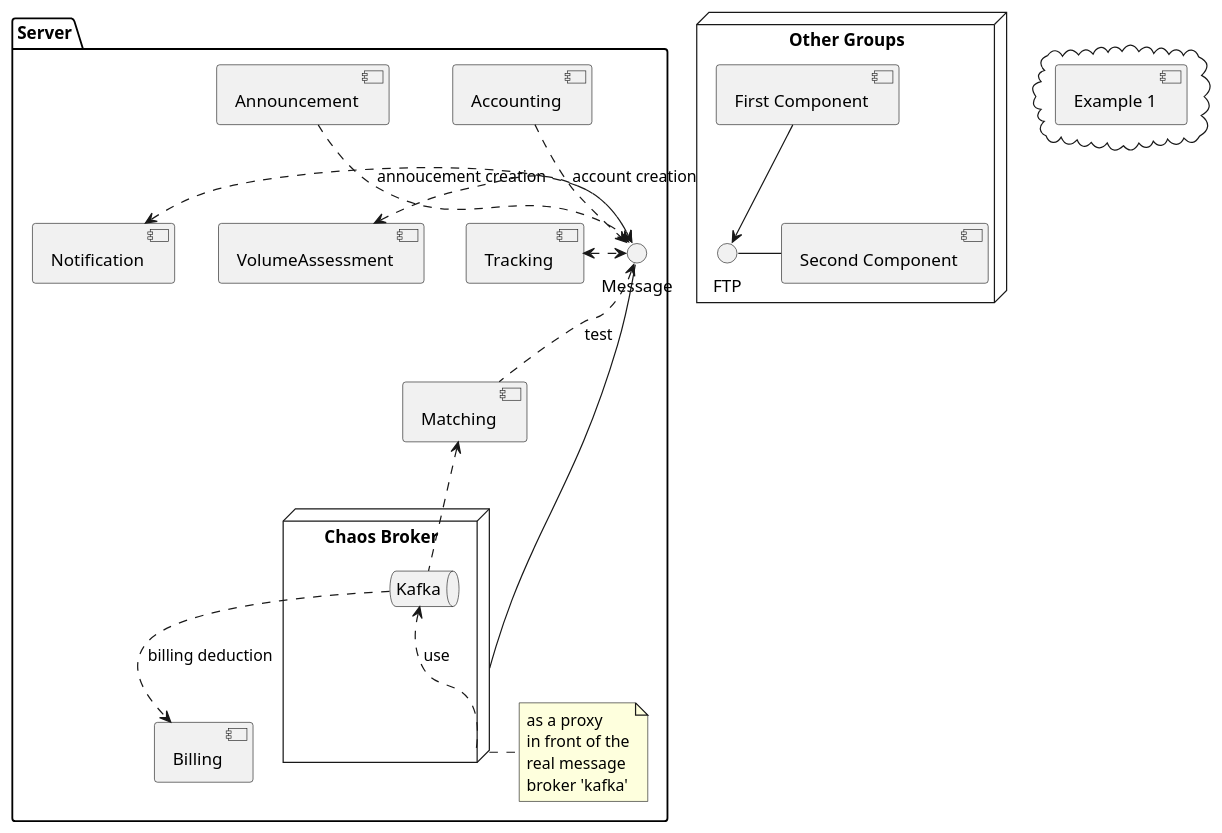
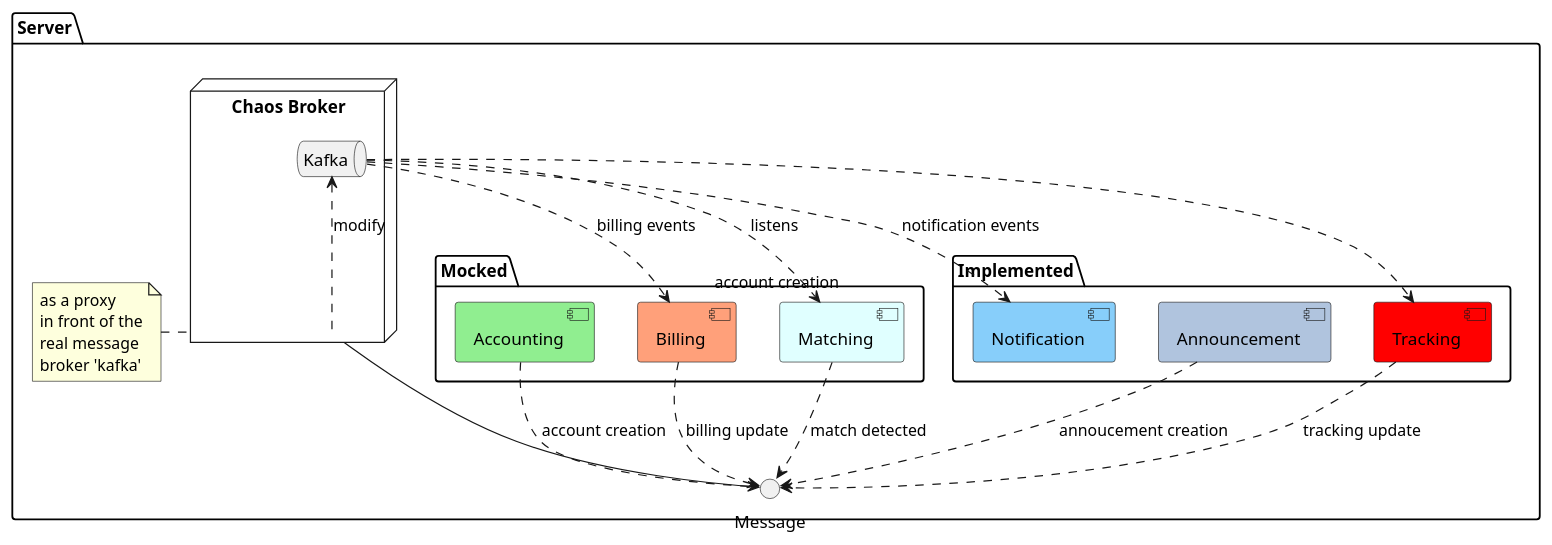
One commit to acouvreur/software-architecture-project changed the diagram in deliverables/plantUML/architecture.wsd. Above: the diagram before and after it, drawn with PlantUML. The commit also changed 2 other files, not shown here.

Commit message:
Architecture update

```diff
--- a/deliverables/plantUML/architecture.wsd
+++ b/deliverables/plantUML/architecture.wsd
@@ -1,47 +1,43 @@
 @startuml Server
 
+package "Server" {
 
-package "Server" {
-    [Accounting]
-    [Announcement]
-    [Billing]
-    [Matching]
-    [Notification]
-    [Tracking]
-    [VolumeAssessment]
+    folder "Mocked" {
+        [Accounting] #LightGreen
+        [Billing] #LightSalmon
+        [Matching] #LightCyan
+    }
 
+    folder "Implemented" {
+        [Announcement] #LightSteelBlue
+        [Notification] #LightSkyBlue
+        [Tracking] #Red
+    }
+    
     node "Chaos Broker" {
         queue Kafka
-        Kafka <.. [Chaos Broker] : use
+        Kafka <.. [Chaos Broker] : modify
     }
 
-    note right of [Chaos Broker]
+    note left of [Chaos Broker]
     'ChaosBroker' act
     as a proxy
     in front of the
     real message
     broker 'kafka'
     end note
-    Message - [Chaos Broker]
+
+    [Chaos Broker] - Message
 
     [Accounting] ..> Message : account creation
     [Announcement] ..> Message : annoucement creation
-    Kafka ..> [Billing] : billing deduction
-    Message <.. [Matching] : test
-    [Matching] <.. Kafka
-    [Notification] <.> Message
-    [Tracking] <.> Message
-    [VolumeAssessment] <.> Message
+    [Matching]  ..> Message : match detected
+    [Tracking] ..> Message : tracking update
+    [Billing] ..> Message : billing update
 
-}
-
-node "Other Groups" {
-    FTP - [Second Component]
-    [First Component] --> FTP
-}
-
-
-cloud {
-    [Example 1]
+    Kafka ..> [Billing] : billing events
+    Kafka ..> [Tracking]
+    Kafka ..> [Notification] : notification events
+    Kafka ..> [Matching] : listens "account creation"
 }
 @enduml
```
